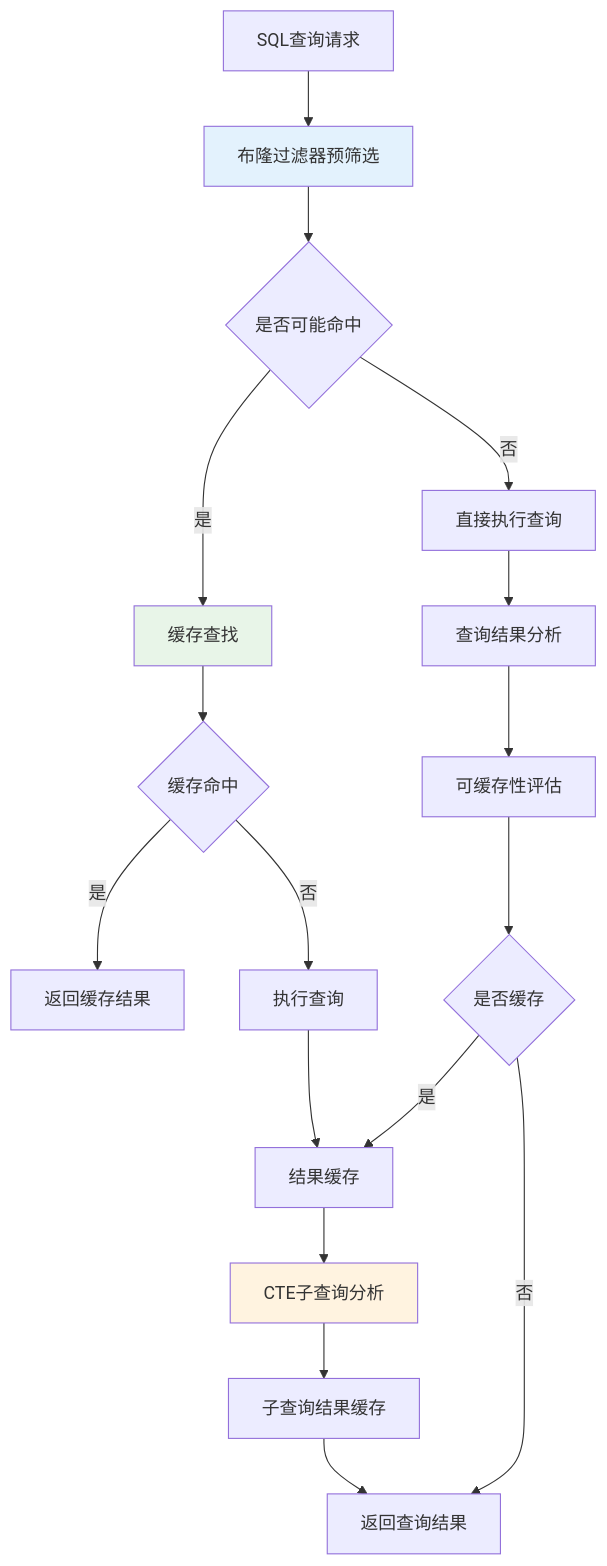
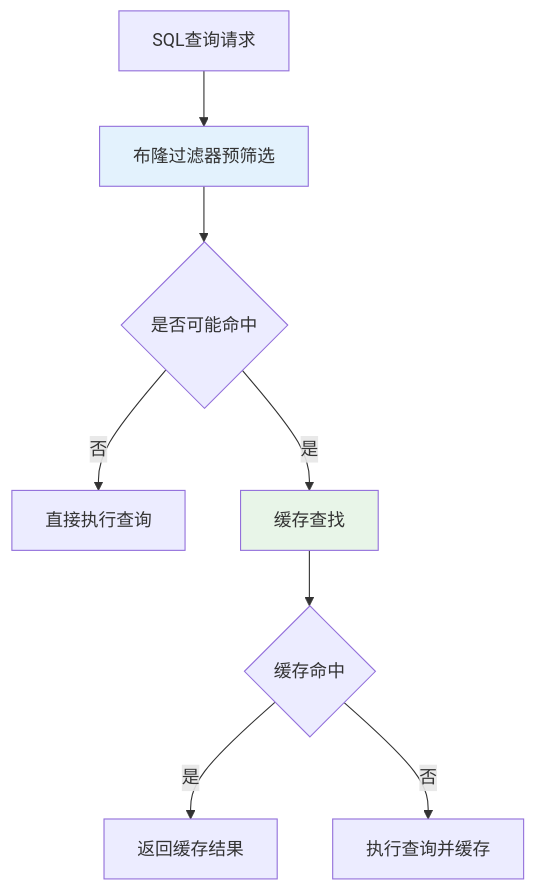
Before and after one commit to crazypenguincode/duckdb: the first of 2 diagrams in md/第三章-动态缓存管理.md, drawn with Mermaid. The commit also changed other lines of this file and 93 other files, not shown here.

````diff
--- a/md/第三章-动态缓存管理.md
+++ b/md/第三章-动态缓存管理.md
@@ -15,23 +15,13 @@
 ```mermaid
 graph TB
     A[SQL查询请求] --> B[布隆过滤器预筛选]
     B --> C{是否可能命中}
     C -->|否| D[直接执行查询]
     C -->|是| E[缓存查找]
     E --> F{缓存命中}
     F -->|是| G[返回缓存结果]
-    F -->|否| H[执行查询]
-    H --> I[结果缓存]
-    I --> J[CTE子查询分析]
-    J --> K[子查询结果缓存]
-    K --> L[返回查询结果]
-    D --> M[查询结果分析]
-    M --> N[可缓存性评估]
-    N --> O{是否缓存}
-    O -->|是| I
-    O -->|否| L
+    F -->|否| H[执行查询并缓存]
     
     style B fill:#e3f2fd
     style E fill:#e8f5e8
-    style J fill:#fff3e0
 ```
````
